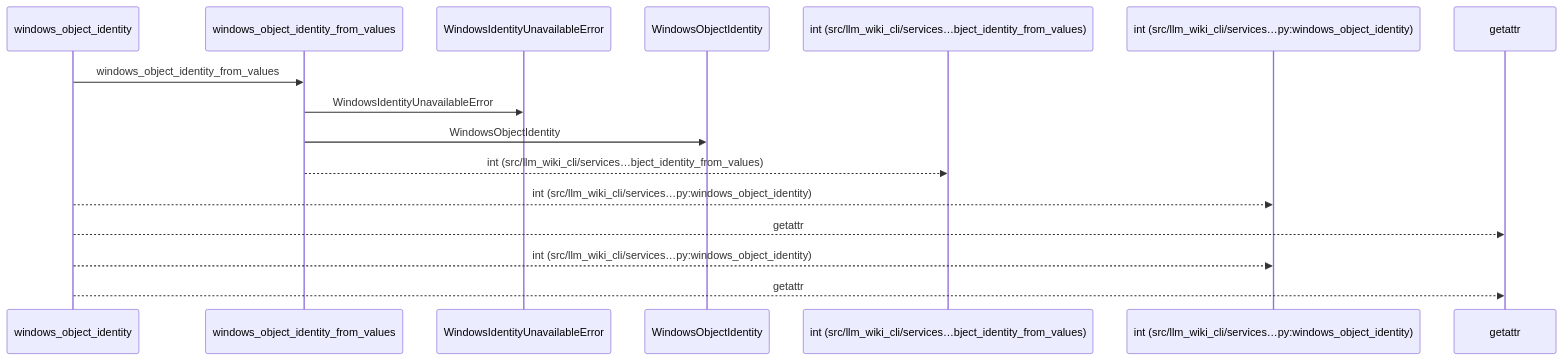
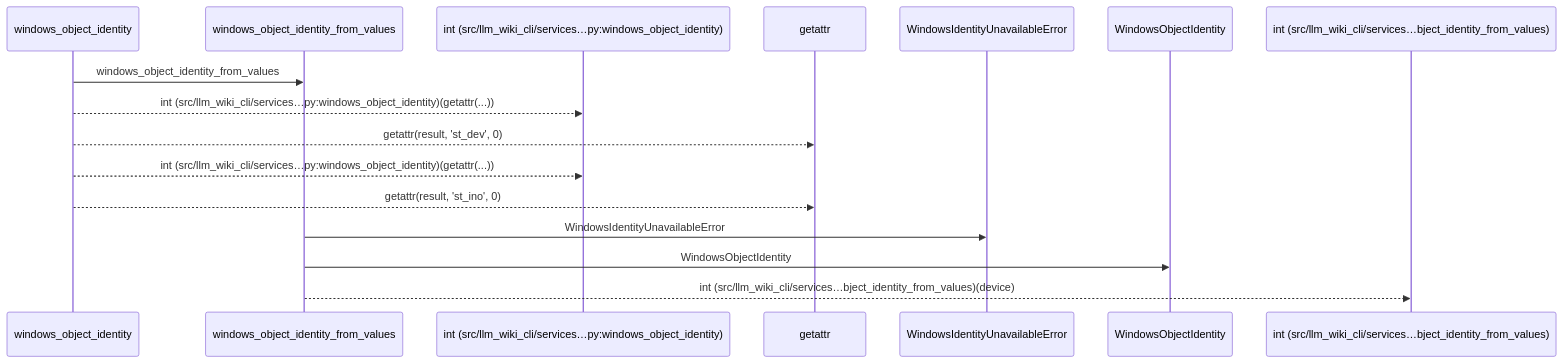
The first of 2 diagrams in docs/llm_wiki/flows/api-windows_object_identity.md (Denissvgn/python-wiki-llm), drawn with Mermaid before and after one commit. The commit also changed other lines of this file and 1410 other files, not shown here.

````diff
--- a/docs/llm_wiki/flows/api-windows_object_identity.md
+++ b/docs/llm_wiki/flows/api-windows_object_identity.md
@@ -10,18 +12,18 @@
 ```mermaid
 sequenceDiagram
     participant p0 as windows_object_identity
     participant p1 as windows_object_identity_from_values
-    participant p2 as WindowsIdentityUnavailableError
-    participant p3 as WindowsObjectIdentity
-    participant p4 as int (src/llm_wiki_cli/services…bject_identity_from_values)
-    participant p5 as int (src/llm_wiki_cli/services…py:windows_object_identity)
-    participant p6 as getattr
+    participant p2 as int (src/llm_wiki_cli/services…py:windows_object_identity)
+    participant p3 as getattr
+    participant p4 as WindowsIdentityUnavailableError
+    participant p5 as WindowsObjectIdentity
+    participant p6 as int (src/llm_wiki_cli/services…bject_identity_from_values)
     p0->>p1: windows_object_identity_from_values
-    p1->>p2: WindowsIdentityUnavailableError
-    p1->>p3: WindowsObjectIdentity
-    p1-->>p4: int (src/llm_wiki_cli/services…bject_identity_from_values)
-    p0-->>p5: int (src/llm_wiki_cli/services…py:windows_object_identity)
-    p0-->>p6: getattr
-    p0-->>p5: int (src/llm_wiki_cli/services…py:windows_object_identity)
-    p0-->>p6: getattr
+    p0-->>p2: int (src/llm_wiki_cli/services…py:windows_object_identity)(getattr(...))
+    p0-->>p3: getattr(result, 'st_dev', 0)
+    p0-->>p2: int (src/llm_wiki_cli/services…py:windows_object_identity)(getattr(...))
+    p0-->>p3: getattr(result, 'st_ino', 0)
+    p1->>p4: WindowsIdentityUnavailableError
+    p1->>p5: WindowsObjectIdentity
+    p1-->>p6: int (src/llm_wiki_cli/services…bject_identity_from_values)(device)
 ```
````
